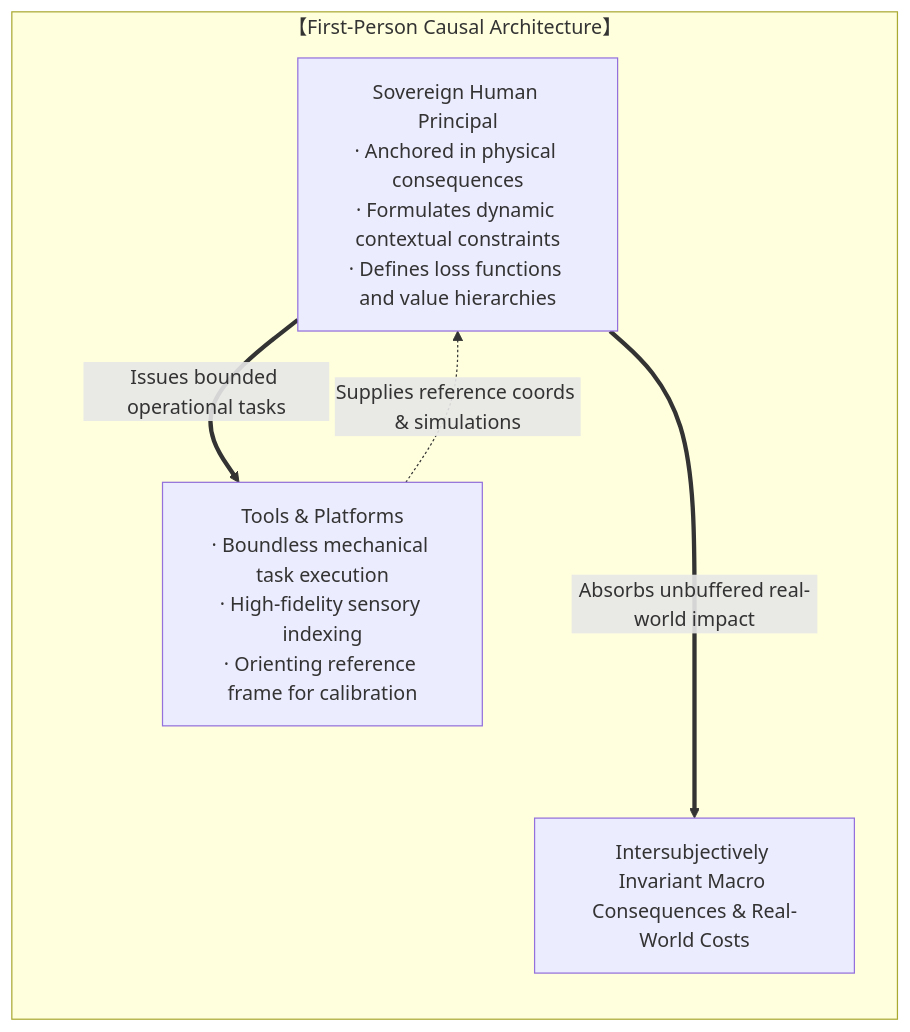
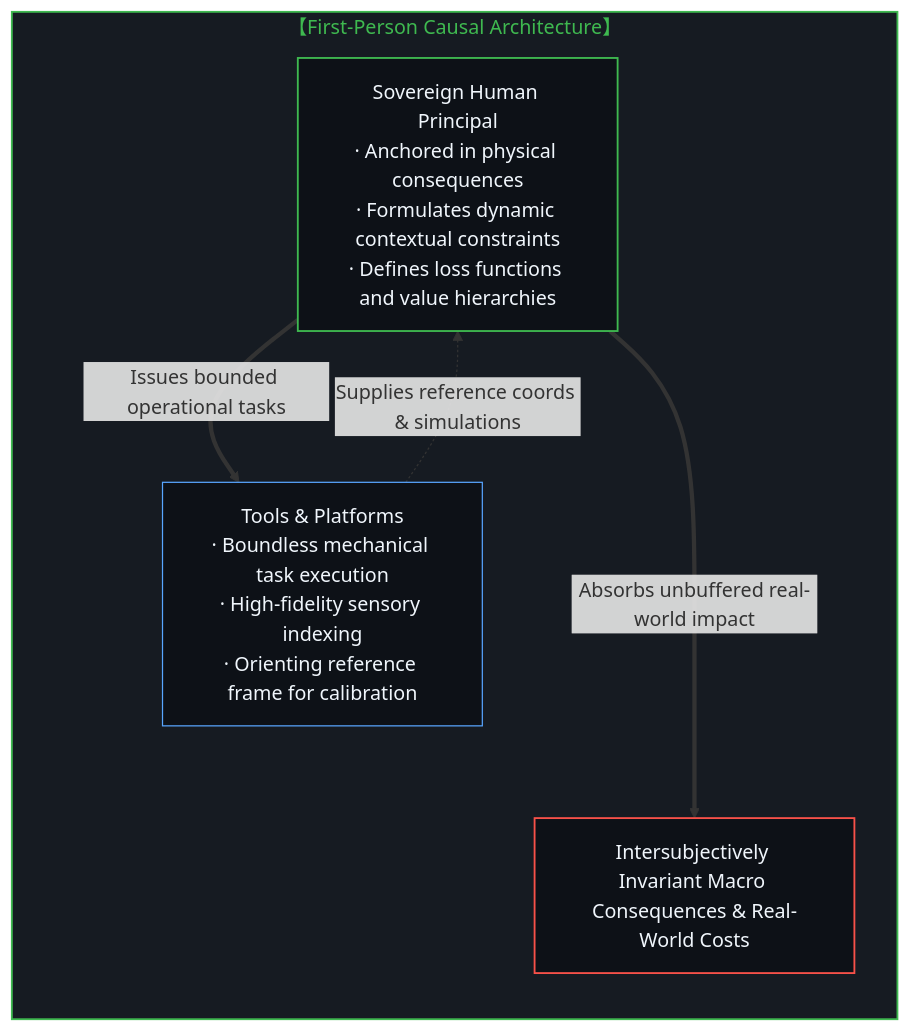
Before and after one commit to powerpig99/not-a-toe: diagram 12 of 12 in content/posts/the-delegation-of-the-task-and-the-inalienability-of-consequences.md, drawn with Mermaid. The commit also changed other lines of this file and 4 other files, not shown here.

Commit message:
Align Post 328 diagrams with historical dark theme, purge physical will inversion, and archive specifications

````diff
--- a/content/posts/the-delegation-of-the-task-and-the-inalienability-of-consequences.md
+++ b/content/posts/the-delegation-of-the-task-and-the-inalienability-of-consequences.md
@@ -329,11 +420,16 @@
 ```mermaid
 graph TD
     subgraph FirstPerson_Causal_Structure_EN["【First-Person Causal Architecture】"]
         direction TB
         H_EN["Sovereign Human Principal<br/>· Anchored in physical consequences<br/>· Formulates dynamic contextual constraints<br/>· Defines loss functions and value hierarchies"]
         T_EN["Tools & Platforms<br/>· Boundless mechanical task execution<br/>· High-fidelity sensory indexing<br/>· Orienting reference frame for calibration"]
         H_EN ==>|"Issues bounded operational tasks"| T_EN
         T_EN -.->|"Supplies reference coords & simulations"| H_EN
         H_EN ===>|"Absorbs unbuffered real-world impact"| R_EN["Intersubjectively Invariant Macro Consequences & Real-World Costs"]
     end
+
+    style FirstPerson_Causal_Structure_EN fill:#161b22,stroke:#3fb950,stroke-width:1.5px,color:#3fb950
+    style H_EN fill:#0d1117,stroke:#3fb950,stroke-width:1.5px,color:#f0f6fc
+    style T_EN fill:#0d1117,stroke:#58a6ff,stroke-width:1px,color:#f0f6fc
+    style R_EN fill:#0d1117,stroke:#f85149,stroke-width:1.5px,color:#f0f6fc
 ```
````
